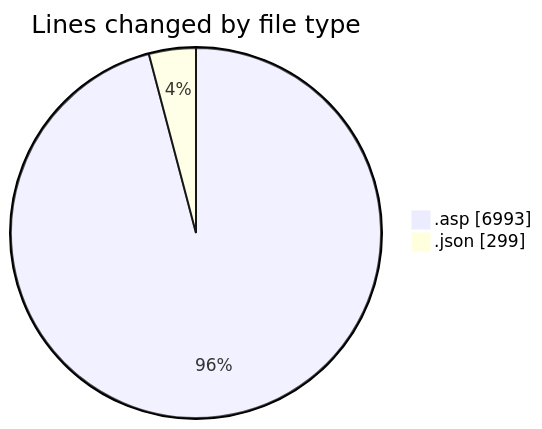
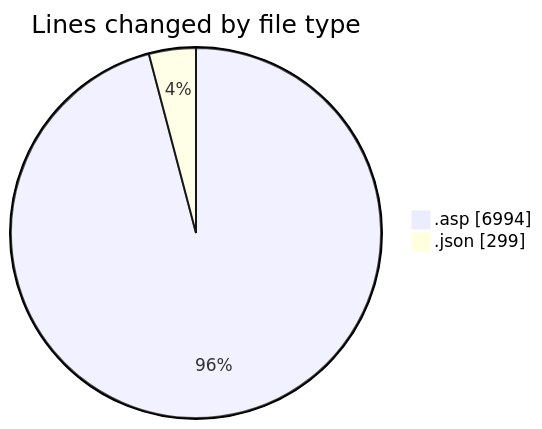
Before and after one commit to julien-gomy/code-tracking: the first of 2 diagrams in 2025-11-15/usr_aleoudev_fr__workspace_/README.md, drawn with Mermaid. The commit also changed other lines of this file and 1 other file, not shown here.

````diff
--- a/2025-11-15/usr_aleoudev_fr__workspace_/README.md
+++ b/2025-11-15/usr_aleoudev_fr__workspace_/README.md
@@ -26,6 +26,6 @@
 ```mermaid
 pie showData
 title Lines changed by file type
-".asp" : 6993
+".asp" : 6994
 ".json" : 299
 ```
````
